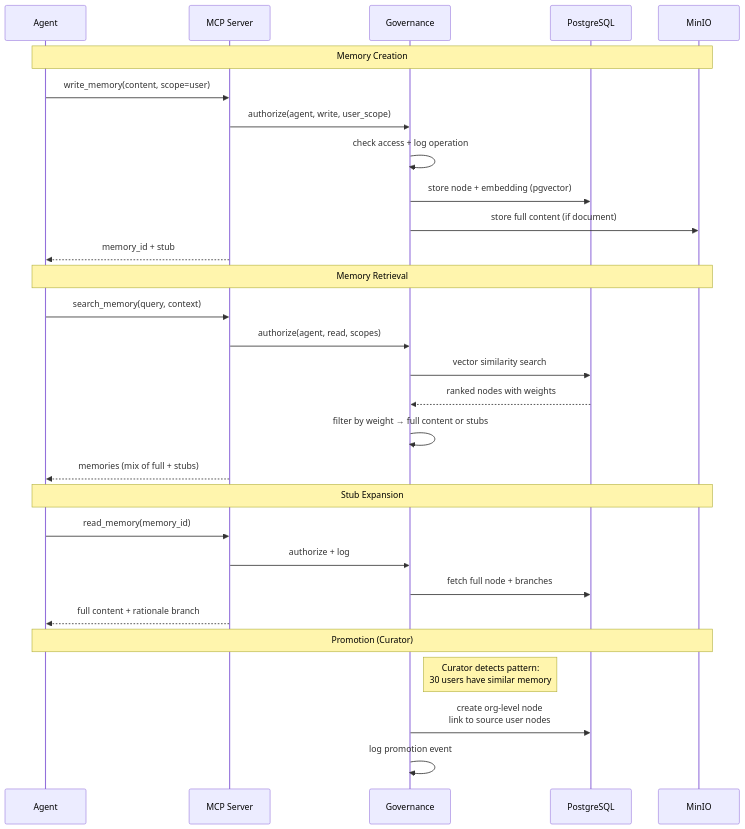
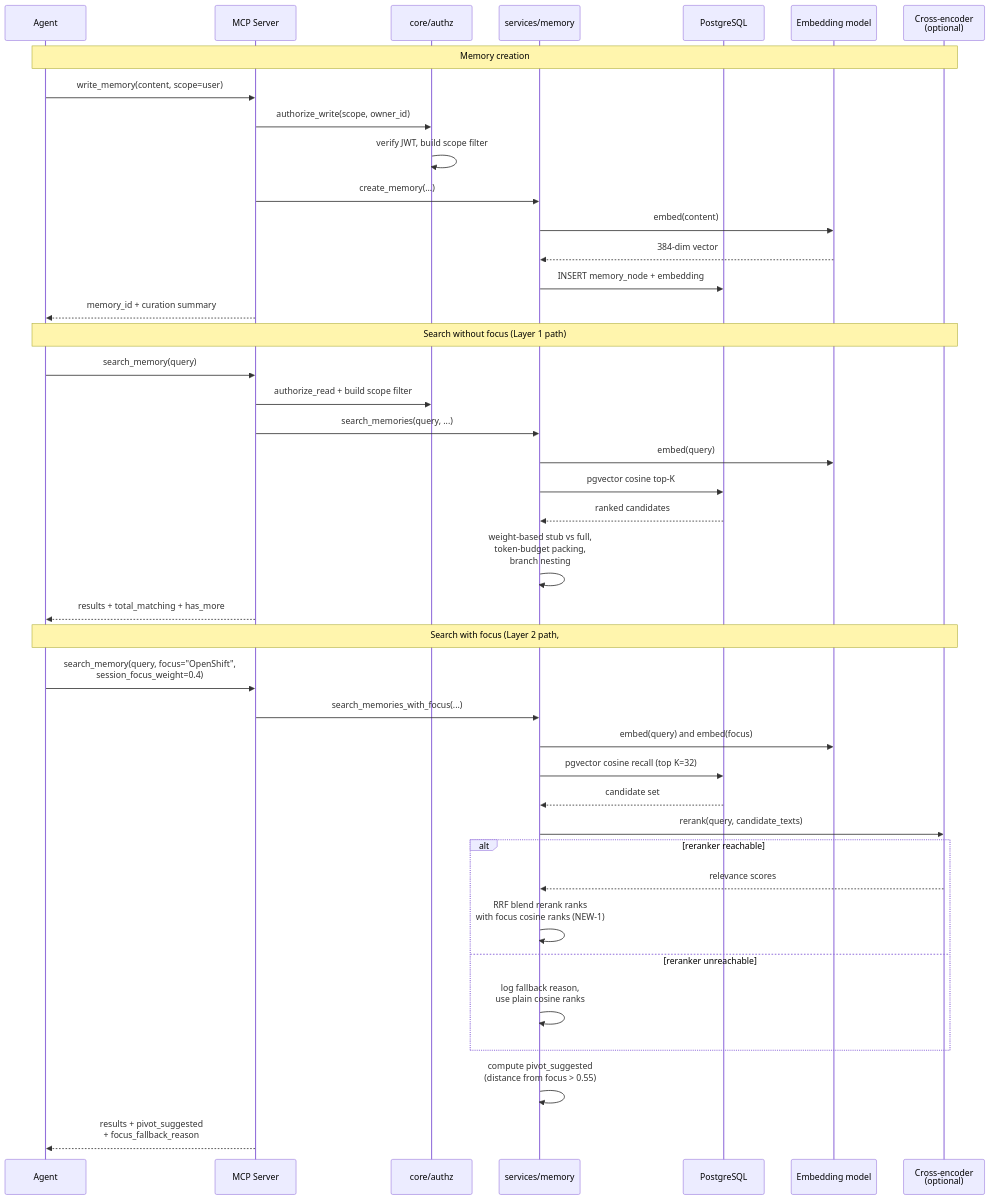
One commit to redhat-ai-americas/memory-hub changed the second of 4 diagrams in docs/ARCHITECTURE.md. Above: the diagram before and after it, drawn with Mermaid. The commit also changed other lines of this file and 5 other files, not shown here.

First line of the commit message:
docs: Refresh repo-level docs after Layer 1-3 ship

````diff
--- a/docs/ARCHITECTURE.md
+++ b/docs/ARCHITECTURE.md
@@ -52,35 +71,46 @@
 ```mermaid
 sequenceDiagram
     participant Agent
     participant MCP as MCP Server
-    participant Gov as Governance
+    participant Authz as core/authz
+    participant Svc as services/memory
     participant PG as PostgreSQL
-    participant S3 as MinIO
+    participant EMB as Embedding model
+    participant RR as Cross-encoder<br/>(optional)
 
-    Note over Agent,S3: Memory Creation
+    Note over Agent,RR: Memory creation
     Agent->>MCP: write_memory(content, scope=user)
-    MCP->>Gov: authorize(agent, write, user_scope)
-    Gov->>Gov: check access + log operation
-    Gov->>PG: store node + embedding (pgvector)
-    Gov->>S3: store full content (if document)
-    MCP-->>Agent: memory_id + stub
+    MCP->>Authz: authorize_write(scope, owner_id)
+    Authz->>Authz: verify JWT, build scope filter
+    MCP->>Svc: create_memory(...)
+    Svc->>EMB: embed(content)
+    EMB-->>Svc: 384-dim vector
+    Svc->>PG: INSERT memory_node + embedding
+    MCP-->>Agent: memory_id + curation summary
 
-    Note over Agent,S3: Memory Retrieval
-    Agent->>MCP: search_memory(query, context)
-    MCP->>Gov: authorize(agent, read, scopes)
-    Gov->>PG: vector similarity search
-    PG-->>Gov: ranked nodes with weights
-    Gov->>Gov: filter by weight → full content or stubs
-    MCP-->>Agent: memories (mix of full + stubs)
+    Note over Agent,RR: Search without focus (Layer 1 path)
+    Agent->>MCP: search_memory(query)
+    MCP->>Authz: authorize_read + build scope filter
+    MCP->>Svc: search_memories(query, ...)
+    Svc->>EMB: embed(query)
+    Svc->>PG: pgvector cosine top-K
+    PG-->>Svc: ranked candidates
+    Svc->>Svc: weight-based stub vs full,<br/>token-budget packing,<br/>branch nesting
+    MCP-->>Agent: results + total_matching + has_more
 
-    Note over Agent,S3: Stub Expansion
-    Agent->>MCP: read_memory(memory_id)
-    MCP->>Gov: authorize + log
-    Gov->>PG: fetch full node + branches
-    MCP-->>Agent: full content + rationale branch
-
-    Note over Agent,S3: Promotion (Curator)
-    Note right of Gov: Curator detects pattern:<br/>30 users have similar memory
-    Gov->>PG: create org-level node<br/>link to source user nodes
-    Gov->>Gov: log promotion event
+    Note over Agent,RR: Search with focus (Layer 2 path, #58)
+    Agent->>MCP: search_memory(query, focus="OpenShift",<br/>session_focus_weight=0.4)
+    MCP->>Svc: search_memories_with_focus(...)
+    Svc->>EMB: embed(query) and embed(focus)
+    Svc->>PG: pgvector cosine recall (top K=32)
+    PG-->>Svc: candidate set
+    Svc->>RR: rerank(query, candidate_texts)
+    alt reranker reachable
+        RR-->>Svc: relevance scores
+        Svc->>Svc: RRF blend rerank ranks<br/>with focus cosine ranks (NEW-1)
+    else reranker unreachable
+        Svc->>Svc: log fallback reason,<br/>use plain cosine ranks
+    end
+    Svc->>Svc: compute pivot_suggested<br/>(distance from focus > 0.55)
+    MCP-->>Agent: results + pivot_suggested<br/>+ focus_fallback_reason
 ```
````
